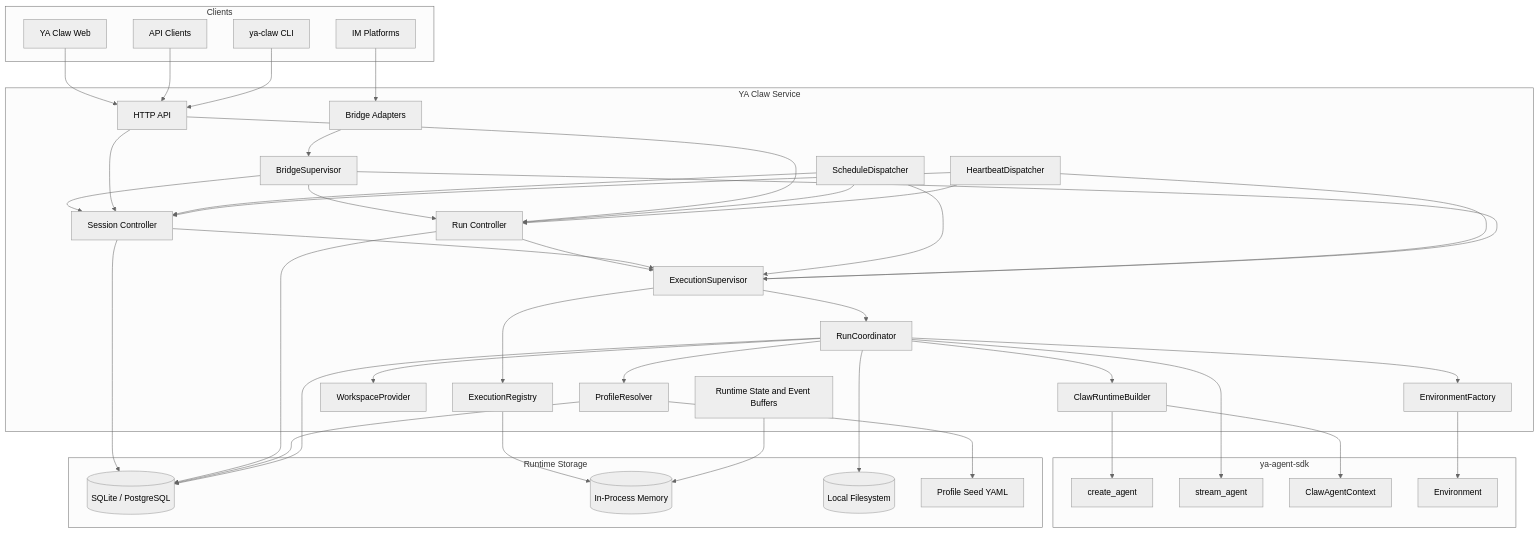
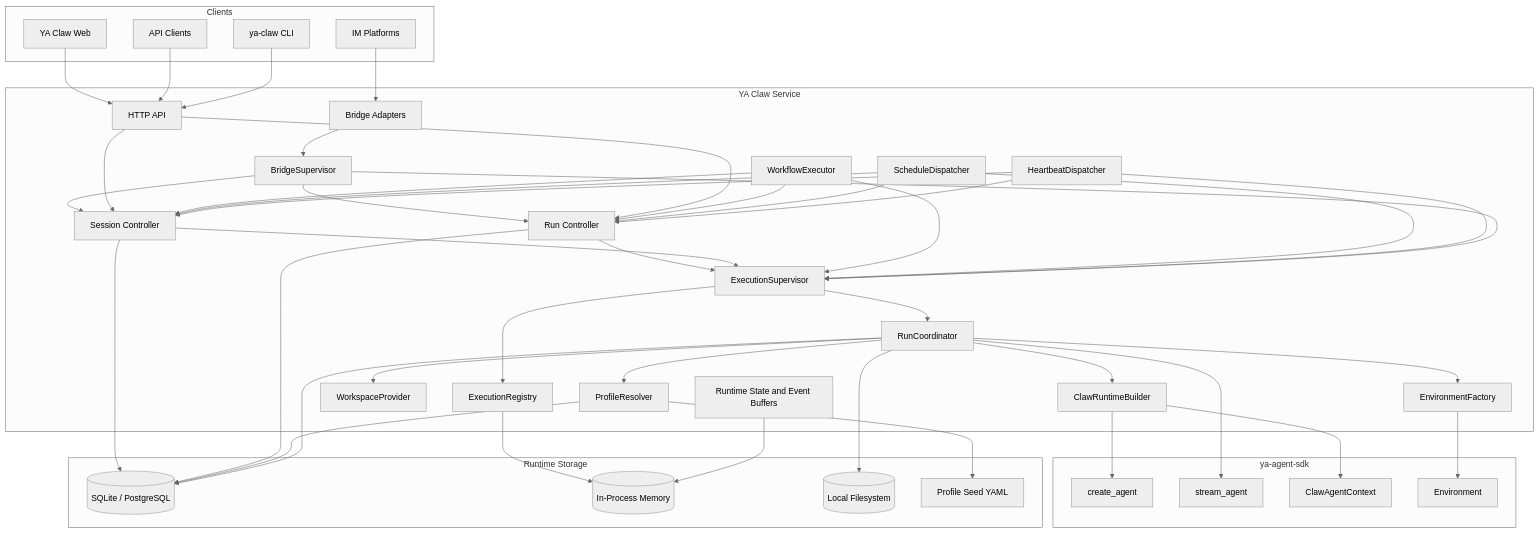
One commit to Alexsu26/ya-mono changed the diagram in packages/ya-claw/spec/00-overview.md. Above: the diagram before and after it, drawn with Mermaid (neutral theme). The commit also changed other lines of this file and 35 other files, not shown here.

```diff
--- a/packages/ya-claw/spec/00-overview.md
+++ b/packages/ya-claw/spec/00-overview.md
@@ -60,6 +60,7 @@
         ENVF[EnvironmentFactory]
         BUILD[ClawRuntimeBuilder]
         COORD[RunCoordinator]
+        WF[WorkflowExecutor]
         SCHED[ScheduleDispatcher]
         HEART[HeartbeatDispatcher]
         BRIDGE[BridgeSupervisor]
@@ -94,6 +95,9 @@
     RUNS --> SQL
     RUNS --> SUP
     SESS --> SUP
+    WF --> SESS
+    WF --> RUNS
+    WF --> SUP
     SCHED --> SESS
     SCHED --> RUNS
     SCHED --> SUP
```
